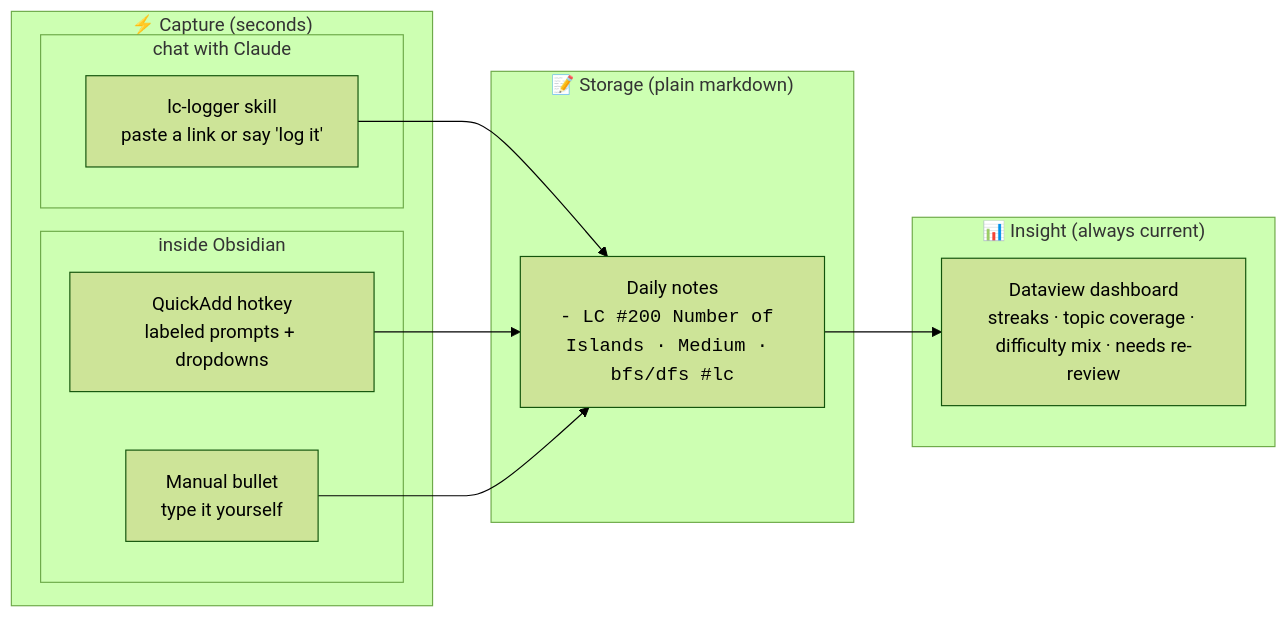
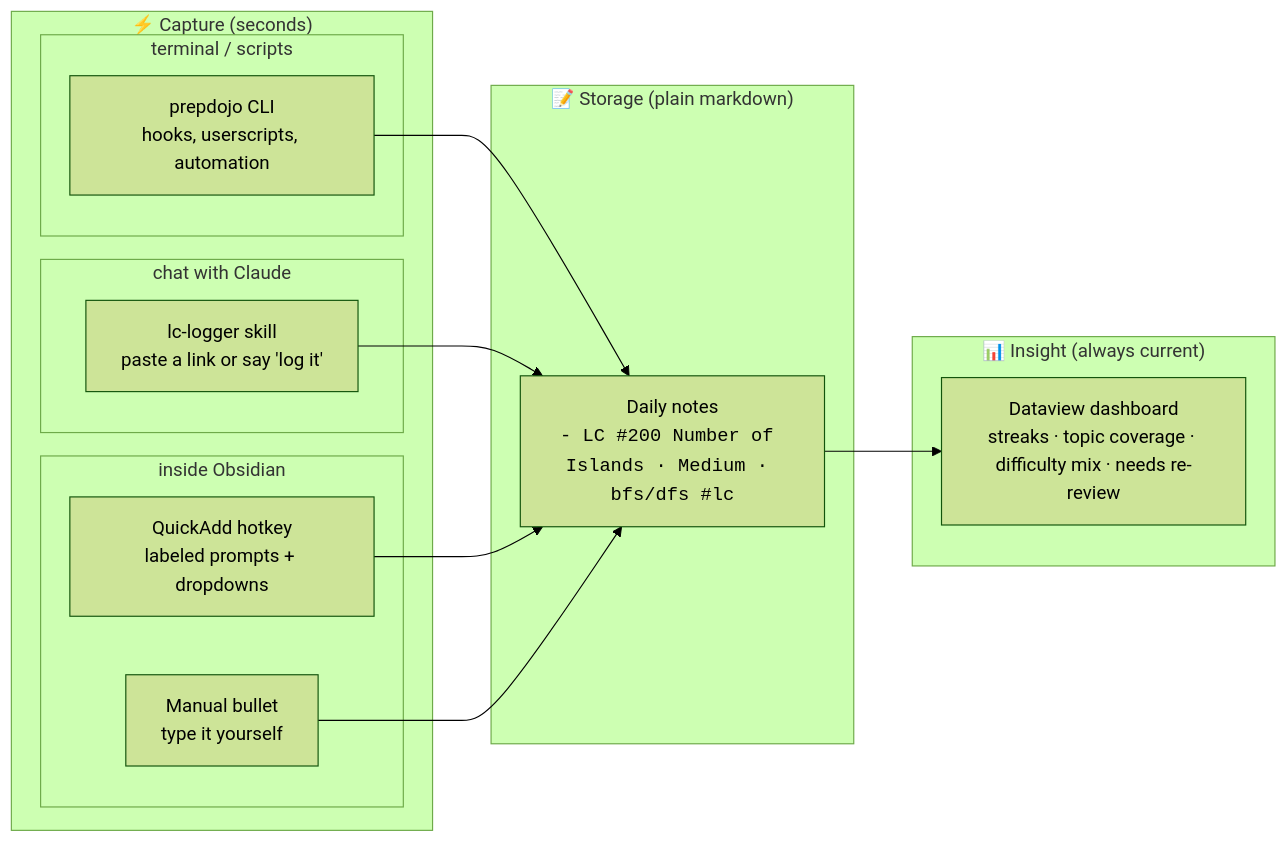
One commit to aaaxy/PrepDojo changed the first of 2 diagrams in README.md. Above: the diagram before and after it, drawn with Mermaid (forest theme). The commit also changed other lines of this file and 1 other file, not shown here.

Commit message:
Add prepdojo CLI: scriptable logging and streak stats

````diff
--- a/README.md
+++ b/README.md
@@ -19,22 +19,26 @@
 ```mermaid
 flowchart LR
     subgraph capture ["⚡ Capture (seconds)"]
         subgraph obs ["inside Obsidian"]
             QA["QuickAdd hotkey<br/>labeled prompts + dropdowns"]
             MB["Manual bullet<br/>type it yourself"]
         end
         subgraph cl ["chat with Claude"]
             CS["lc-logger skill<br/>paste a link or say 'log it'"]
+        end
+        subgraph term ["terminal / scripts"]
+            CLI["prepdojo CLI<br/>hooks, userscripts, automation"]
         end
     end
     subgraph storage ["📝 Storage (plain markdown)"]
         DN["Daily notes<br/><code>- LC #200 Number of Islands · Medium · bfs/dfs #lc</code>"]
     end
     subgraph insight ["📊 Insight (always current)"]
         DB["Dataview dashboard<br/>streaks · topic coverage · difficulty mix · needs re-review"]
     end
     QA --> DN
     CS --> DN
     MB --> DN
+    CLI --> DN
     DN --> DB
 ```
````
